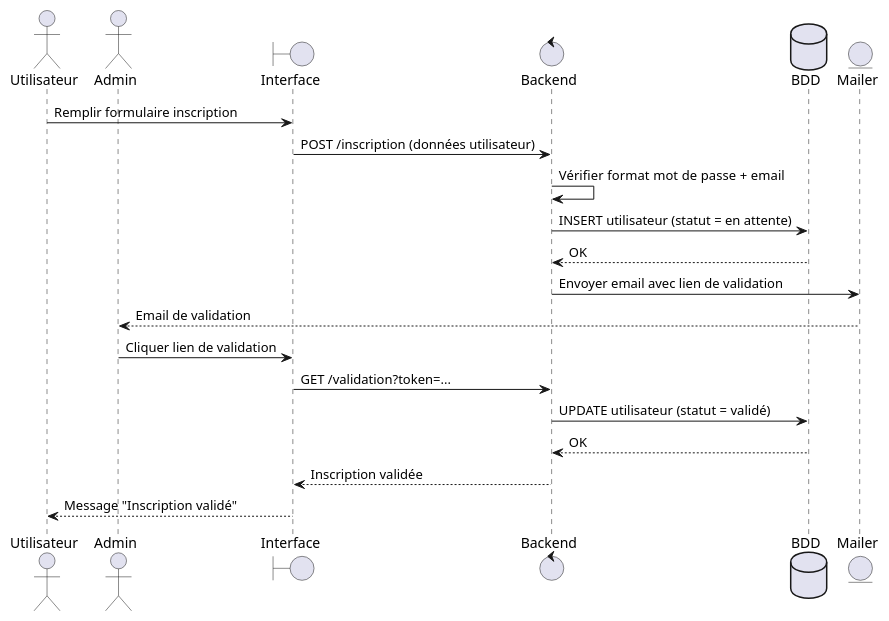
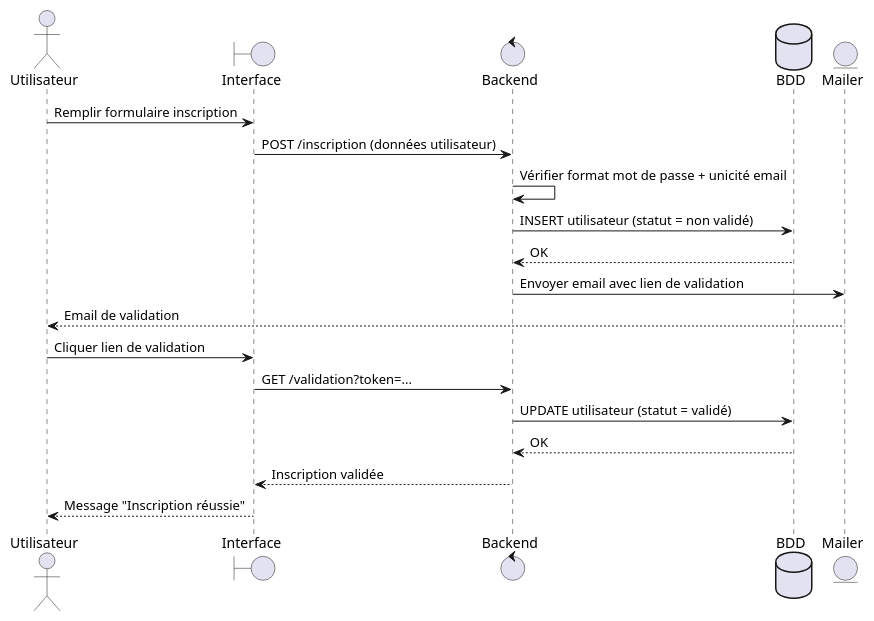
One commit to konchu974/requiem-for-a-spring changed the diagram in diagrammes/DiragrammeSequenceInscription.puml. Above: the diagram before and after it, drawn with PlantUML. The commit also changed 2 other files, not shown here.

Commit message:
ajout diagramme rejoindre ensemble et modification sequence

```diff
--- a/diagrammes/DiragrammeSequenceInscription.puml
+++ b/diagrammes/DiragrammeSequenceInscription.puml
@@ -1,23 +1,22 @@
 @startuml
 actor Utilisateur
-actor Admin
 boundary Interface as React
 control Backend as SpringAPI
 database BDD
 entity Mailer
 
 Utilisateur -> React : Remplir formulaire inscription
 React -> SpringAPI : POST /inscription (données utilisateur)
-SpringAPI -> SpringAPI : Vérifier format mot de passe +  email
-SpringAPI -> BDD : INSERT utilisateur (statut = en attente)
+SpringAPI -> SpringAPI : Vérifier format mot de passe + unicité email
+SpringAPI -> BDD : INSERT utilisateur (statut = non validé)
 BDD --> SpringAPI : OK
 SpringAPI -> Mailer : Envoyer email avec lien de validation
-Mailer --> Admin : Email de validation
+Mailer --> Utilisateur : Email de validation
 
-Admin -> React : Cliquer lien de validation
+Utilisateur -> React : Cliquer lien de validation
 React -> SpringAPI : GET /validation?token=...
 SpringAPI -> BDD : UPDATE utilisateur (statut = validé)
 BDD --> SpringAPI : OK
 SpringAPI --> React : Inscription validée
-React --> Utilisateur : Message "Inscription validé"
+React --> Utilisateur : Message "Inscription réussie"
 @enduml
```
